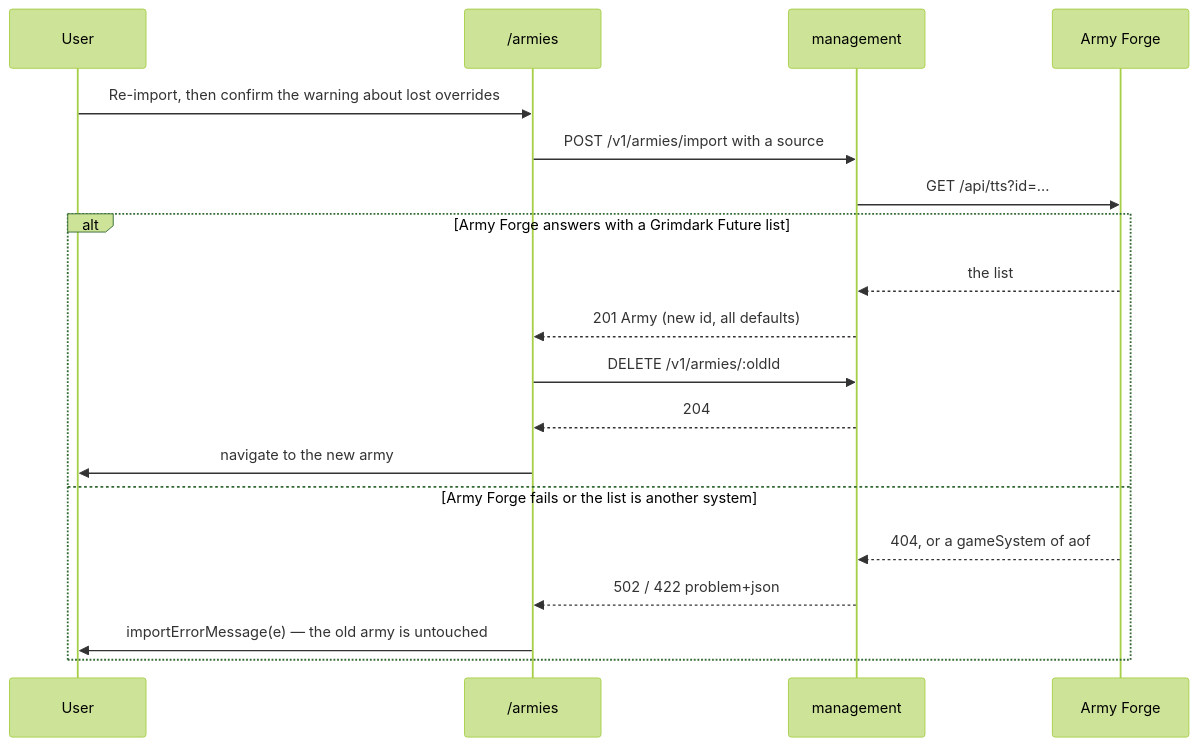
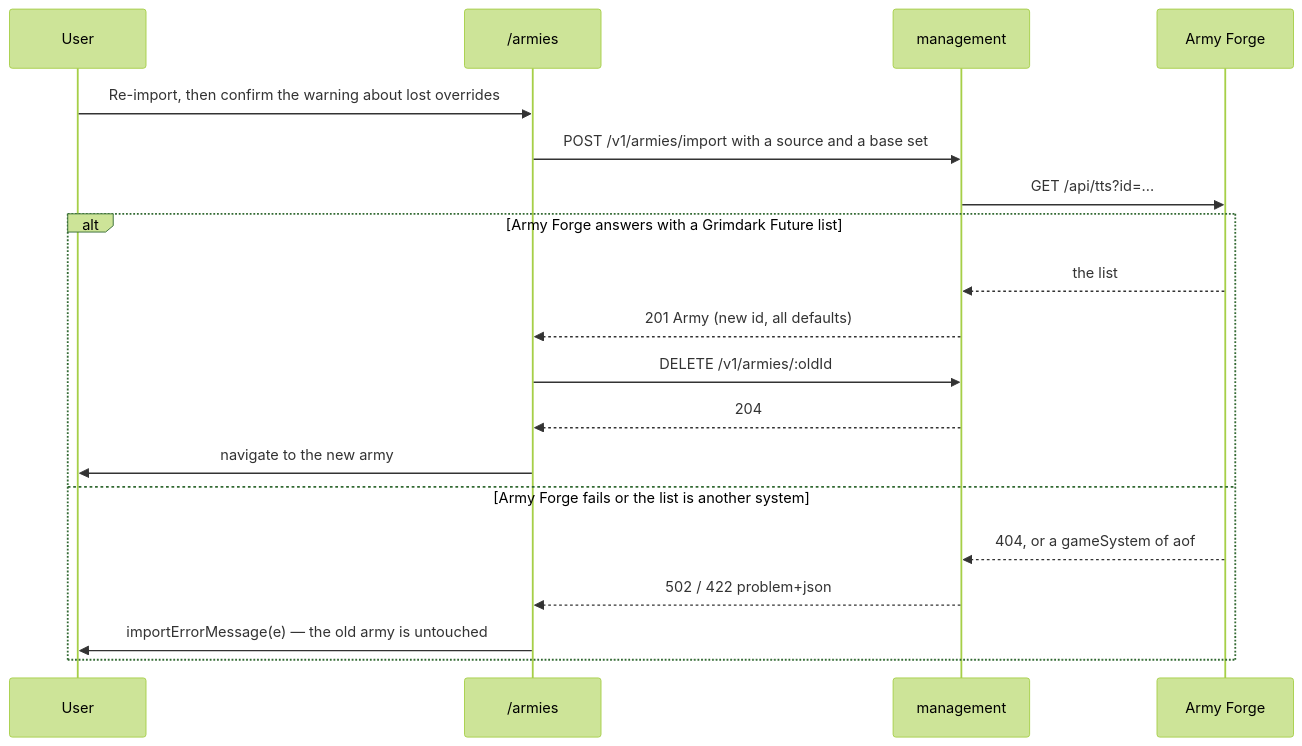
Diagram 11 of 13 in docs/design/web-app/design.md (cstupi/tabletop), drawn with Mermaid (forest theme) before and after one commit. The commit also changed other lines of this file and 5 other files, not shown here.

First line of the commit message:
Docs: base shape at import in the management and web-app designs

````diff
--- a/docs/design/web-app/design.md
+++ b/docs/design/web-app/design.md
@@ -966,22 +968,22 @@
 ```mermaid
 sequenceDiagram
     participant U as User
     participant P as /armies
     participant M as management
     participant F as Army Forge
 
     U->>P: Re-import, then confirm the warning about lost overrides
-    P->>M: POST /v1/armies/import with a source
+    P->>M: POST /v1/armies/import with a source and a base set
     M->>F: GET /api/tts?id=...
     alt Army Forge answers with a Grimdark Future list
         F-->>M: the list
         M-->>P: 201 Army (new id, all defaults)
         P->>M: DELETE /v1/armies/:oldId
         M-->>P: 204
         P->>U: navigate to the new army
     else Army Forge fails or the list is another system
         F-->>M: 404, or a gameSystem of aof
         M-->>P: 502 / 422 problem+json
         P->>U: importErrorMessage(e) — the old army is untouched
     end
 ```
````
